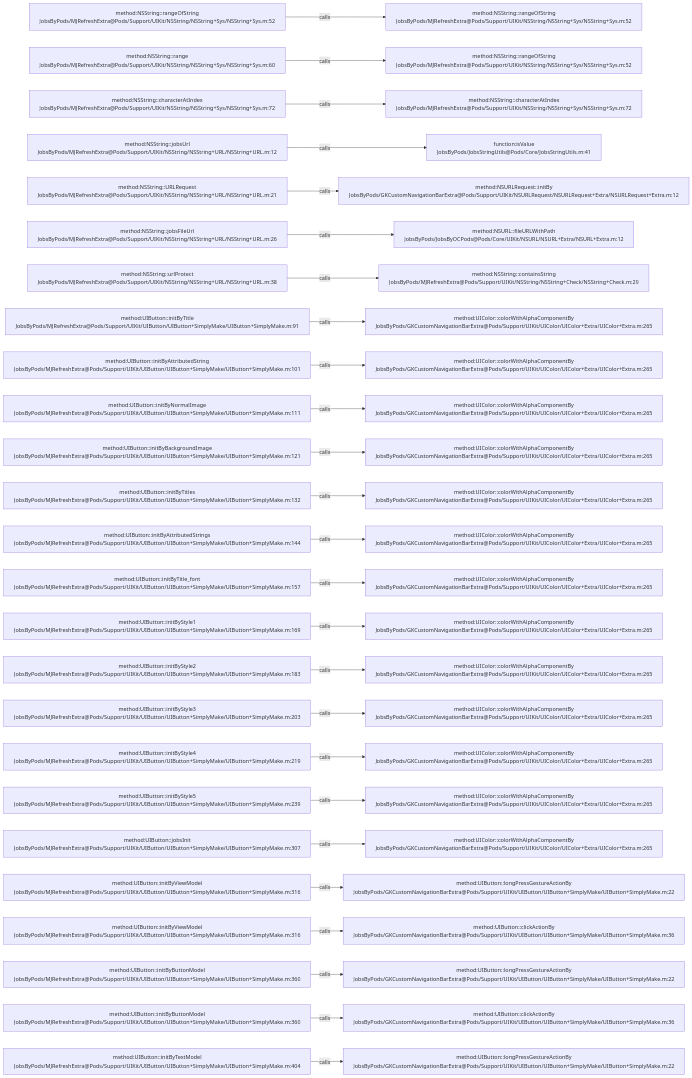
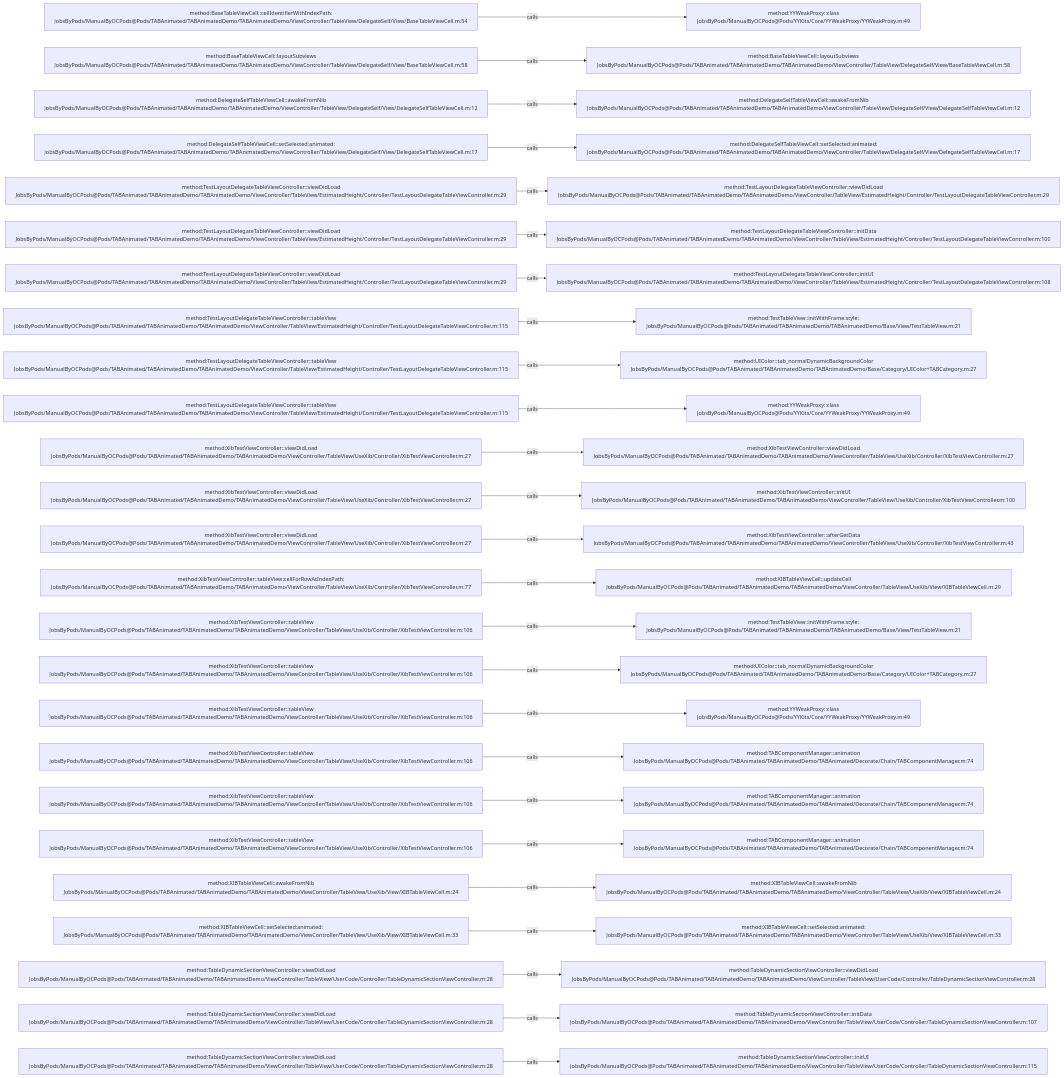
One commit to JobsKits/JobsOCBaseConfigDemo changed the diagram in .codegraph/codegraph.md/graphs/calls-170.md. Above: the diagram before and after it, drawn with Mermaid. The commit also changed 573 other files, not shown here.

````diff
--- a/.codegraph/codegraph.md/graphs/calls-170.md
+++ b/.codegraph/codegraph.md/graphs/calls-170.md
@@ -13,78 +13,78 @@
 ```mermaid
 flowchart LR
-  S1["method:NSString::rangeOfString<br/>JobsByPods/MJRefreshExtra@Pods/Support/UIKit/NSString/NSString+Sys/NSString+Sys.m:52"]
-  T1["method:NSString::rangeOfString<br/>JobsByPods/MJRefreshExtra@Pods/Support/UIKit/NSString/NSString+Sys/NSString+Sys.m:52"]
+  S1["method:BaseTableViewCell::cellIdentifierWithIndexPath:<br/>JobsByPods/ManualByOCPods@Pods/TABAnimated/TABAnimatedDemo/TABAnimatedDemo/ViewController/TableView/DelegateSelf/View/BaseTableViewCell.m:54"]
+  T1["method:YYWeakProxy::class<br/>JobsByPods/ManualByOCPods@Pods/YYKits/Core/YYWeakProxy/YYWeakProxy.m:49"]
   S1 -->|calls| T1
-  S2["method:NSString::range<br/>JobsByPods/MJRefreshExtra@Pods/Support/UIKit/NSString/NSString+Sys/NSString+Sys.m:60"]
-  T2["method:NSString::rangeOfString<br/>JobsByPods/MJRefreshExtra@Pods/Support/UIKit/NSString/NSString+Sys/NSString+Sys.m:52"]
+  S2["method:BaseTableViewCell::layoutSubviews<br/>JobsByPods/ManualByOCPods@Pods/TABAnimated/TABAnimatedDemo/TABAnimatedDemo/ViewController/TableView/DelegateSelf/View/BaseTableViewCell.m:58"]
+  T2["method:BaseTableViewCell::layoutSubviews<br/>JobsByPods/ManualByOCPods@Pods/TABAnimated/TABAnimatedDemo/TABAnimatedDemo/ViewController/TableView/DelegateSelf/View/BaseTableViewCell.m:58"]
   S2 -->|calls| T2
-  S3["method:NSString::characterAtIndex<br/>JobsByPods/MJRefreshExtra@Pods/Support/UIKit/NSString/NSString+Sys/NSString+Sys.m:72"]
-  T3["method:NSString::characterAtIndex<br/>JobsByPods/MJRefreshExtra@Pods/Support/UIKit/NSString/NSString+Sys/NSString+Sys.m:72"]
+  S3["method:DelegateSelfTableViewCell::awakeFromNib<br/>JobsByPods/ManualByOCPods@Pods/TABAnimated/TABAnimatedDemo/TABAnimatedDemo/ViewController/TableView/DelegateSelf/View/DelegateSelfTableViewCell.m:12"]
+  T3["method:DelegateSelfTableViewCell::awakeFromNib<br/>JobsByPods/ManualByOCPods@Pods/TABAnimated/TABAnimatedDemo/TABAnimatedDemo/ViewController/TableView/DelegateSelf/View/DelegateSelfTableViewCell.m:12"]
   S3 -->|calls| T3
-  S4["method:NSString::jobsUrl<br/>JobsByPods/MJRefreshExtra@Pods/Support/UIKit/NSString/NSString+URL/NSString+URL.m:12"]
-  T4["function:isValue<br/>JobsByPods/JobsStringUtils@Pods/Core/JobsStringUtils.m:41"]
+  S4["method:DelegateSelfTableViewCell::setSelected:animated:<br/>JobsByPods/ManualByOCPods@Pods/TABAnimated/TABAnimatedDemo/TABAnimatedDemo/ViewController/TableView/DelegateSelf/View/DelegateSelfTableViewCell.m:17"]
+  T4["method:DelegateSelfTableViewCell::setSelected:animated:<br/>JobsByPods/ManualByOCPods@Pods/TABAnimated/TABAnimatedDemo/TABAnimatedDemo/ViewController/TableView/DelegateSelf/View/DelegateSelfTableViewCell.m:17"]
   S4 -->|calls| T4
-  S5["method:NSString::URLRequest<br/>JobsByPods/MJRefreshExtra@Pods/Support/UIKit/NSString/NSString+URL/NSString+URL.m:21"]
-  T5["method:NSURLRequest::initBy<br/>JobsByPods/GKCustomNavigationBarExtra@Pods/Support/UIKit/NSURLRequest/NSURLRequest+Extra/NSURLRequest+Extra.m:12"]
+  S5["method:TestLayoutDelegateTableViewController::viewDidLoad<br/>JobsByPods/ManualByOCPods@Pods/TABAnimated/TABAnimatedDemo/TABAnimatedDemo/ViewController/TableView/EstimatedHeight/Controller/TestLayoutDelegateTableViewController.m:29"]
+  T5["method:TestLayoutDelegateTableViewController::viewDidLoad<br/>JobsByPods/ManualByOCPods@Pods/TABAnimated/TABAnimatedDemo/TABAnimatedDemo/ViewController/TableView/EstimatedHeight/Controller/TestLayoutDelegateTableViewController.m:29"]
   S5 -->|calls| T5
-  S6["method:NSString::jobsFileUrl<br/>JobsByPods/MJRefreshExtra@Pods/Support/UIKit/NSString/NSString+URL/NSString+URL.m:26"]
-  T6["method:NSURL::fileURLWithPath<br/>JobsByPods/JobsByOCPods@Pods/Core/UIKit/NSURL/NSURL+Extra/NSURL+Extra.m:12"]
+  S6["method:TestLayoutDelegateTableViewController::viewDidLoad<br/>JobsByPods/ManualByOCPods@Pods/TABAnimated/TABAnimatedDemo/TABAnimatedDemo/ViewController/TableView/EstimatedHeight/Controller/TestLayoutDelegateTableViewController.m:29"]
+  T6["method:TestLayoutDelegateTableViewController::initData<br/>JobsByPods/ManualByOCPods@Pods/TABAnimated/TABAnimatedDemo/TABAnimatedDemo/ViewController/TableView/EstimatedHeight/Controller/TestLayoutDelegateTableViewController.m:100"]
   S6 -->|calls| T6
-  S7["method:NSString::urlProtect<br/>JobsByPods/MJRefreshExtra@Pods/Support/UIKit/NSString/NSString+URL/NSString+URL.m:38"]
-  T7["method:NSString::containsString<br/>JobsByPods/MJRefreshExtra@Pods/Support/UIKit/NSString/NSString+Check/NSString+Check.m:29"]
+  S7["method:TestLayoutDelegateTableViewController::viewDidLoad<br/>JobsByPods/ManualByOCPods@Pods/TABAnimated/TABAnimatedDemo/TABAnimatedDemo/ViewController/TableView/EstimatedHeight/Controller/TestLayoutDelegateTableViewController.m:29"]
+  T7["method:TestLayoutDelegateTableViewController::initUI<br/>JobsByPods/ManualByOCPods@Pods/TABAnimated/TABAnimatedDemo/TABAnimatedDemo/ViewController/TableView/EstimatedHeight/Controller/TestLayoutDelegateTableViewController.m:108"]
   S7 -->|calls| T7
-  S8["method:UIButton::initByTitle<br/>JobsByPods/MJRefreshExtra@Pods/Support/UIKit/UIButton/UIButton+SimplyMake/UIButton+SimplyMake.m:91"]
-  T8["method:UIColor::colorWithAlphaComponentBy<br/>JobsByPods/GKCustomNavigationBarExtra@Pods/Support/UIKit/UIColor/UIColor+Extra/UIColor+Extra.m:265"]
+  S8["method:TestLayoutDelegateTableViewController::tableView<br/>JobsByPods/ManualByOCPods@Pods/TABAnimated/TABAnimatedDemo/TABAnimatedDemo/ViewController/TableView/EstimatedHeight/Controller/TestLayoutDelegateTableViewController.m:115"]
+  T8["method:TestTableView::initWithFrame:style:<br/>JobsByPods/ManualByOCPods@Pods/TABAnimated/TABAnimatedDemo/TABAnimatedDemo/Base/View/TestTableView.m:21"]
   S8 -->|calls| T8
-  S9["method:UIButton::initByAttributedString<br/>JobsByPods/MJRefreshExtra@Pods/Support/UIKit/UIButton/UIButton+SimplyMake/UIButton+SimplyMake.m:101"]
-  T9["method:UIColor::colorWithAlphaComponentBy<br/>JobsByPods/GKCustomNavigationBarExtra@Pods/Support/UIKit/UIColor/UIColor+Extra/UIColor+Extra.m:265"]
+  S9["method:TestLayoutDelegateTableViewController::tableView<br/>JobsByPods/ManualByOCPods@Pods/TABAnimated/TABAnimatedDemo/TABAnimatedDemo/ViewController/TableView/EstimatedHeight/Controller/TestLayoutDelegateTableViewController.m:115"]
+  T9["method:UIColor::tab_normalDynamicBackgroundColor<br/>JobsByPods/ManualByOCPods@Pods/TABAnimated/TABAnimatedDemo/TABAnimatedDemo/Base/Category/UIColor+TABCategory.m:27"]
   S9 -->|calls| T9
-  S10["method:UIButton::initByNormalImage<br/>JobsByPods/MJRefreshExtra@Pods/Support/UIKit/UIButton/UIButton+SimplyMake/UIButton+SimplyMake.m:111"]
-  T10["method:UIColor::colorWithAlphaComponentBy<br/>JobsByPods/GKCustomNavigationBarExtra@Pods/Support/UIKit/UIColor/UIColor+Extra/UIColor+Extra.m:265"]
+  S10["method:TestLayoutDelegateTableViewController::tableView<br/>JobsByPods/ManualByOCPods@Pods/TABAnimated/TABAnimatedDemo/TABAnimatedDemo/ViewController/TableView/EstimatedHeight/Controller/TestLayoutDelegateTableViewController.m:115"]
+  T10["method:YYWeakProxy::class<br/>JobsByPods/ManualByOCPods@Pods/YYKits/Core/YYWeakProxy/YYWeakProxy.m:49"]
   S10 -->|calls| T10
-  S11["method:UIButton::initByBackgroundImage<br/>JobsByPods/MJRefreshExtra@Pods/Support/UIKit/UIButton/UIButton+SimplyMake/UIButton+SimplyMake.m:121"]
-  T11["method:UIColor::colorWithAlphaComponentBy<br/>JobsByPods/GKCustomNavigationBarExtra@Pods/Support/UIKit/UIColor/UIColor+Extra/UIColor+Extra.m:265"]
+  S11["method:XibTestViewController::viewDidLoad<br/>JobsByPods/ManualByOCPods@Pods/TABAnimated/TABAnimatedDemo/TABAnimatedDemo/ViewController/TableView/UseXib/Controller/XibTestViewController.m:27"]
+  T11["method:XibTestViewController::viewDidLoad<br/>JobsByPods/ManualByOCPods@Pods/TABAnimated/TABAnimatedDemo/TABAnimatedDemo/ViewController/TableView/UseXib/Controller/XibTestViewController.m:27"]
   S11 -->|calls| T11
-  S12["method:UIButton::initByTitles<br/>JobsByPods/MJRefreshExtra@Pods/Support/UIKit/UIButton/UIButton+SimplyMake/UIButton+SimplyMake.m:132"]
-  T12["method:UIColor::colorWithAlphaComponentBy<br/>JobsByPods/GKCustomNavigationBarExtra@Pods/Support/UIKit/UIColor/UIColor+Extra/UIColor+Extra.m:265"]
+  S12["method:XibTestViewController::viewDidLoad<br/>JobsByPods/ManualByOCPods@Pods/TABAnimated/TABAnimatedDemo/TABAnimatedDemo/ViewController/TableView/UseXib/Controller/XibTestViewController.m:27"]
+  T12["method:XibTestViewController::initUI<br/>JobsByPods/ManualByOCPods@Pods/TABAnimated/TABAnimatedDemo/TABAnimatedDemo/ViewController/TableView/UseXib/Controller/XibTestViewController.m:100"]
   S12 -->|calls| T12
-  S13["method:UIButton::initByAttributedStrings<br/>JobsByPods/MJRefreshExtra@Pods/Support/UIKit/UIButton/UIButton+SimplyMake/UIButton+SimplyMake.m:144"]
-  T13["method:UIColor::colorWithAlphaComponentBy<br/>JobsByPods/GKCustomNavigationBarExtra@Pods/Support/UIKit/UIColor/UIColor+Extra/UIColor+Extra.m:265"]
+  S13["method:XibTestViewController::viewDidLoad<br/>JobsByPods/ManualByOCPods@Pods/TABAnimated/TABAnimatedDemo/TABAnimatedDemo/ViewController/TableView/UseXib/Controller/XibTestViewController.m:27"]
+  T13["method:XibTestViewController::afterGetData<br/>JobsByPods/ManualByOCPods@Pods/TABAnimated/TABAnimatedDemo/TABAnimatedDemo/ViewController/TableView/UseXib/Controller/XibTestViewController.m:43"]
   S13 -->|calls| T13
-  S14["method:UIButton::initByTitle_font<br/>JobsByPods/MJRefreshExtra@Pods/Support/UIKit/UIButton/UIButton+SimplyMake/UIButton+SimplyMake.m:157"]
-  T14["method:UIColor::colorWithAlphaComponentBy<br/>JobsByPods/GKCustomNavigationBarExtra@Pods/Support/UIKit/UIColor/UIColor+Extra/UIColor+Extra.m:265"]
+  S14["method:XibTestViewController::tableView:cellForRowAtIndexPath:<br/>JobsByPods/ManualByOCPods@Pods/TABAnimated/TABAnimatedDemo/TABAnimatedDemo/ViewController/TableView/UseXib/Controller/XibTestViewController.m:77"]
+  T14["method:XIBTableViewCell::updateCell<br/>JobsByPods/ManualByOCPods@Pods/TABAnimated/TABAnimatedDemo/TABAnimatedDemo/ViewController/TableView/UseXib/View/XIBTableViewCell.m:29"]
   S14 -->|calls| T14
-  S15["method:UIButton::initByStyle1<br/>JobsByPods/MJRefreshExtra@Pods/Support/UIKit/UIButton/UIButton+SimplyMake/UIButton+SimplyMake.m:169"]
-  T15["method:UIColor::colorWithAlphaComponentBy<br/>JobsByPods/GKCustomNavigationBarExtra@Pods/Support/UIKit/UIColor/UIColor+Extra/UIColor+Extra.m:265"]
+  S15["method:XibTestViewController::tableView<br/>JobsByPods/ManualByOCPods@Pods/TABAnimated/TABAnimatedDemo/TABAnimatedDemo/ViewController/TableView/UseXib/Controller/XibTestViewController.m:106"]
+  T15["method:TestTableView::initWithFrame:style:<br/>JobsByPods/ManualByOCPods@Pods/TABAnimated/TABAnimatedDemo/TABAnimatedDemo/Base/View/TestTableView.m:21"]
   S15 -->|calls| T15
-  S16["method:UIButton::initByStyle2<br/>JobsByPods/MJRefreshExtra@Pods/Support/UIKit/UIButton/UIButton+SimplyMake/UIButton+SimplyMake.m:183"]
-  T16["method:UIColor::colorWithAlphaComponentBy<br/>JobsByPods/GKCustomNavigationBarExtra@Pods/Support/UIKit/UIColor/UIColor+Extra/UIColor+Extra.m:265"]
+  S16["method:XibTestViewController::tableView<br/>JobsByPods/ManualByOCPods@Pods/TABAnimated/TABAnimatedDemo/TABAnimatedDemo/ViewController/TableView/UseXib/Controller/XibTestViewController.m:106"]
+  T16["method:UIColor::tab_normalDynamicBackgroundColor<br/>JobsByPods/ManualByOCPods@Pods/TABAnimated/TABAnimatedDemo/TABAnimatedDemo/Base/Category/UIColor+TABCategory.m:27"]
   S16 -->|calls| T16
-  S17["method:UIButton::initByStyle3<br/>JobsByPods/MJRefreshExtra@Pods/Support/UIKit/UIButton/UIButton+SimplyMake/UIButton+SimplyMake.m:203"]
-  T17["method:UIColor::colorWithAlphaComponentBy<br/>JobsByPods/GKCustomNavigationBarExtra@Pods/Support/UIKit/UIColor/UIColor+Extra/UIColor+Extra.m:265"]
+  S17["method:XibTestViewController::tableView<br/>JobsByPods/ManualByOCPods@Pods/TABAnimated/TABAnimatedDemo/TABAnimatedDemo/ViewController/TableView/UseXib/Controller/XibTestViewController.m:106"]
+  T17["method:YYWeakProxy::class<br/>JobsByPods/ManualByOCPods@Pods/YYKits/Core/YYWeakProxy/YYWeakProxy.m:49"]
   S17 -->|calls| T17
-  S18["method:UIButton::initByStyle4<br/>JobsByPods/MJRefreshExtra@Pods/Support/UIKit/UIButton/UIButton+SimplyMake/UIButton+SimplyMake.m:219"]
-  T18["method:UIColor::colorWithAlphaComponentBy<br/>JobsByPods/GKCustomNavigationBarExtra@Pods/Support/UIKit/UIColor/UIColor+Extra/UIColor+Extra.m:265"]
+  S18["method:XibTestViewController::tableView<br/>JobsByPods/ManualByOCPods@Pods/TABAnimated/TABAnimatedDemo/TABAnimatedDemo/ViewController/TableView/UseXib/Controller/XibTestViewController.m:106"]
+  T18["method:TABComponentManager::animation<br/>JobsByPods/ManualByOCPods@Pods/TABAnimated/TABAnimatedDemo/TABAnimated/Decorate/Chain/TABComponentManager.m:74"]
   S18 -->|calls| T18
-  S19["method:UIButton::initByStyle5<br/>JobsByPods/MJRefreshExtra@Pods/Support/UIKit/UIButton/UIButton+SimplyMake/UIButton+SimplyMake.m:239"]
-  T19["method:UIColor::colorWithAlphaComponentBy<br/>JobsByPods/GKCustomNavigationBarExtra@Pods/Support/UIKit/UIColor/UIColor+Extra/UIColor+Extra.m:265"]
+  S19["method:XibTestViewController::tableView<br/>JobsByPods/ManualByOCPods@Pods/TABAnimated/TABAnimatedDemo/TABAnimatedDemo/ViewController/TableView/UseXib/Controller/XibTestViewController.m:106"]
+  T19["method:TABComponentManager::animation<br/>JobsByPods/ManualByOCPods@Pods/TABAnimated/TABAnimatedDemo/TABAnimated/Decorate/Chain/TABComponentManager.m:74"]
   S19 -->|calls| T19
-  S20["method:UIButton::jobsInit<br/>JobsByPods/MJRefreshExtra@Pods/Support/UIKit/UIButton/UIButton+SimplyMake/UIButton+SimplyMake.m:307"]
-  T20["method:UIColor::colorWithAlphaComponentBy<br/>JobsByPods/GKCustomNavigationBarExtra@Pods/Support/UIKit/UIColor/UIColor+Extra/UIColor+Extra.m:265"]
+  S20["method:XibTestViewController::tableView<br/>JobsByPods/ManualByOCPods@Pods/TABAnimated/TABAnimatedDemo/TABAnimatedDemo/ViewController/TableView/UseXib/Controller/XibTestViewController.m:106"]
+  T20["method:TABComponentManager::animation<br/>JobsByPods/ManualByOCPods@Pods/TABAnimated/TABAnimatedDemo/TABAnimated/Decorate/Chain/TABComponentManager.m:74"]
   S20 -->|calls| T20
-  S21["method:UIButton::initByViewModel<br/>JobsByPods/MJRefreshExtra@Pods/Support/UIKit/UIButton/UIButton+SimplyMake/UIButton+SimplyMake.m:316"]
-  T21["method:UIButton::longPressGestureActionBy<br/>JobsByPods/GKCustomNavigationBarExtra@Pods/Support/UIKit/UIButton/UIButton+SimplyMake/UIButton+SimplyMake.m:22"]
+  S21["method:XIBTableViewCell::awakeFromNib<br/>JobsByPods/ManualByOCPods@Pods/TABAnimated/TABAnimatedDemo/TABAnimatedDemo/ViewController/TableView/UseXib/View/XIBTableViewCell.m:24"]
+  T21["method:XIBTableViewCell::awakeFromNib<br/>JobsByPods/ManualByOCPods@Pods/TABAnimated/TABAnimatedDemo/TABAnimatedDemo/ViewController/TableView/UseXib/View/XIBTableViewCell.m:24"]
   S21 -->|calls| T21
-  S22["method:UIButton::initByViewModel<br/>JobsByPods/MJRefreshExtra@Pods/Support/UIKit/UIButton/UIButton+SimplyMake/UIButton+SimplyMake.m:316"]
-  T22["method:UIButton::clickActionBy<br/>JobsByPods/GKCustomNavigationBarExtra@Pods/Support/UIKit/UIButton/UIButton+SimplyMake/UIButton+SimplyMake.m:36"]
+  S22["method:XIBTableViewCell::setSelected:animated:<br/>JobsByPods/ManualByOCPods@Pods/TABAnimated/TABAnimatedDemo/TABAnimatedDemo/ViewController/TableView/UseXib/View/XIBTableViewCell.m:33"]
+  T22["method:XIBTableViewCell::setSelected:animated:<br/>JobsByPods/ManualByOCPods@Pods/TABAnimated/TABAnimatedDemo/TABAnimatedDemo/ViewController/TableView/UseXib/View/XIBTableViewCell.m:33"]
   S22 -->|calls| T22
-  S23["method:UIButton::initByButtonModel<br/>JobsByPods/MJRefreshExtra@Pods/Support/UIKit/UIButton/UIButton+SimplyMake/UIButton+SimplyMake.m:360"]
-  T23["method:UIButton::longPressGestureActionBy<br/>JobsByPods/GKCustomNavigationBarExtra@Pods/Support/UIKit/UIButton/UIButton+SimplyMake/UIButton+SimplyMake.m:22"]
+  S23["method:TableDynamicSectionViewController::viewDidLoad<br/>JobsByPods/ManualByOCPods@Pods/TABAnimated/TABAnimatedDemo/TABAnimatedDemo/ViewController/TableView/UserCode/Controller/TableDynamicSectionViewController.m:28"]
+  T23["method:TableDynamicSectionViewController::viewDidLoad<br/>JobsByPods/ManualByOCPods@Pods/TABAnimated/TABAnimatedDemo/TABAnimatedDemo/ViewController/TableView/UserCode/Controller/TableDynamicSectionViewController.m:28"]
   S23 -->|calls| T23
-  S24["method:UIButton::initByButtonModel<br/>JobsByPods/MJRefreshExtra@Pods/Support/UIKit/UIButton/UIButton+SimplyMake/UIButton+SimplyMake.m:360"]
-  T24["method:UIButton::clickActionBy<br/>JobsByPods/GKCustomNavigationBarExtra@Pods/Support/UIKit/UIButton/UIButton+SimplyMake/UIButton+SimplyMake.m:36"]
+  S24["method:TableDynamicSectionViewController::viewDidLoad<br/>JobsByPods/ManualByOCPods@Pods/TABAnimated/TABAnimatedDemo/TABAnimatedDemo/ViewController/TableView/UserCode/Controller/TableDynamicSectionViewController.m:28"]
+  T24["method:TableDynamicSectionViewController::initData<br/>JobsByPods/ManualByOCPods@Pods/TABAnimated/TABAnimatedDemo/TABAnimatedDemo/ViewController/TableView/UserCode/Controller/TableDynamicSectionViewController.m:107"]
   S24 -->|calls| T24
-  S25["method:UIButton::initByTextModel<br/>JobsByPods/MJRefreshExtra@Pods/Support/UIKit/UIButton/UIButton+SimplyMake/UIButton+SimplyMake.m:404"]
-  T25["method:UIButton::longPressGestureActionBy<br/>JobsByPods/GKCustomNavigationBarExtra@Pods/Support/UIKit/UIButton/UIButton+SimplyMake/UIButton+SimplyMake.m:22"]
+  S25["method:TableDynamicSectionViewController::viewDidLoad<br/>JobsByPods/ManualByOCPods@Pods/TABAnimated/TABAnimatedDemo/TABAnimatedDemo/ViewController/TableView/UserCode/Controller/TableDynamicSectionViewController.m:28"]
+  T25["method:TableDynamicSectionViewController::initUI<br/>JobsByPods/ManualByOCPods@Pods/TABAnimated/TABAnimatedDemo/TABAnimatedDemo/ViewController/TableView/UserCode/Controller/TableDynamicSectionViewController.m:115"]
   S25 -->|calls| T25
 ```
````
